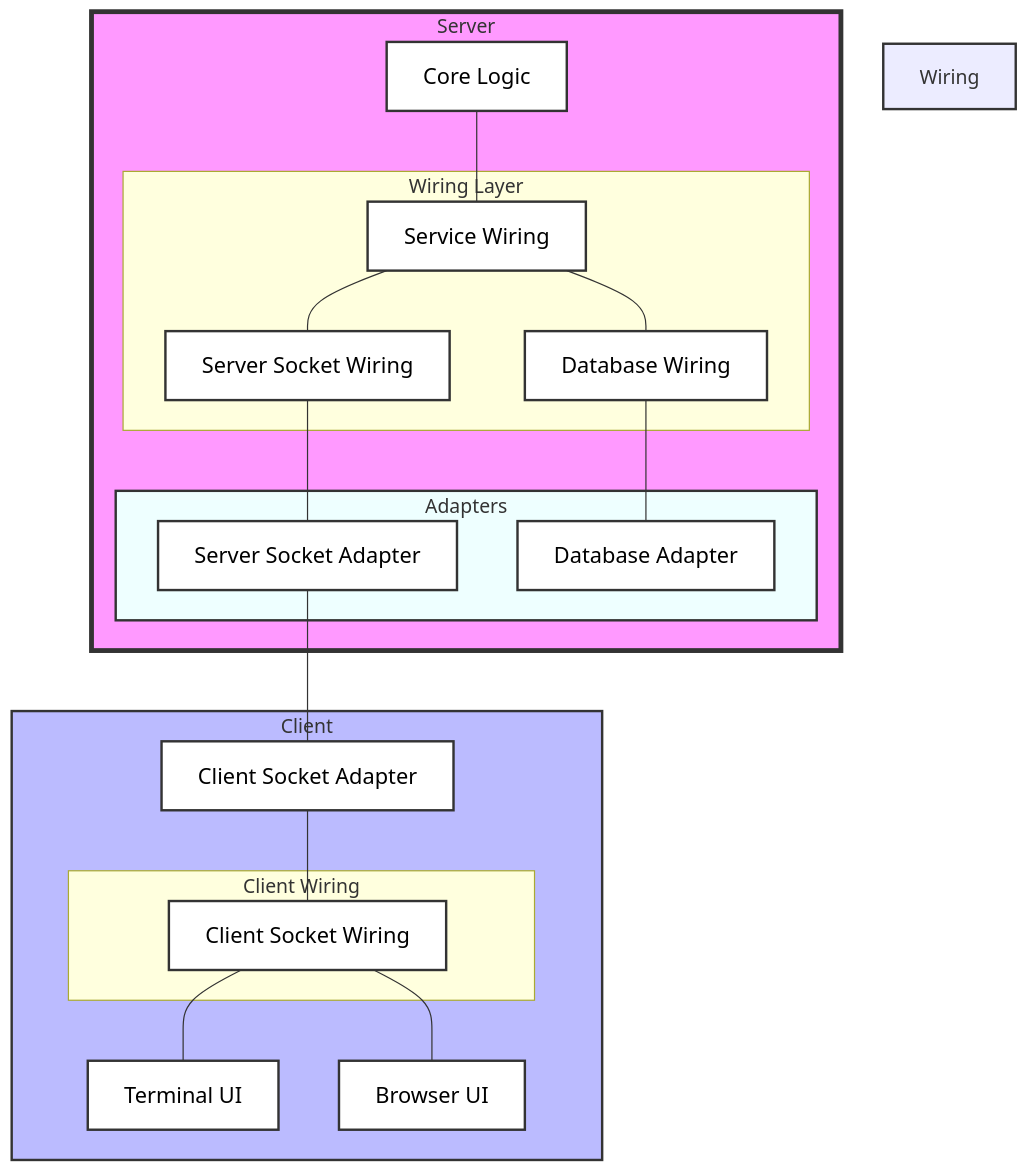
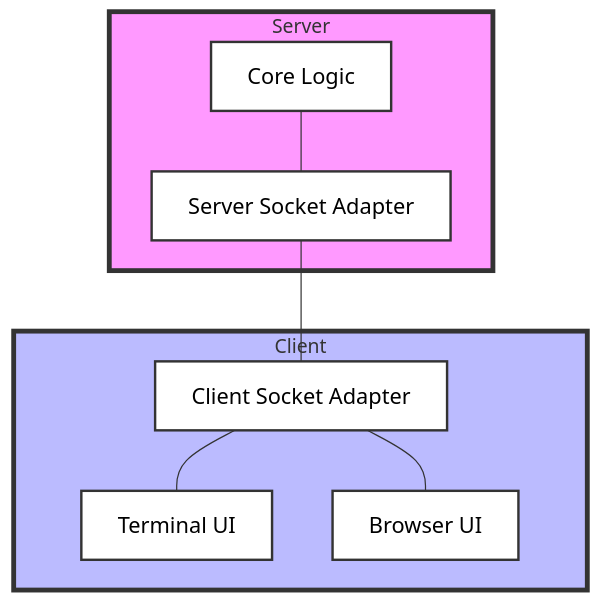
One commit to davidh38/doppelkopf_trainv2 changed the diagram in readme.org. Above: the diagram before and after it, drawn with Mermaid.

Commit message:
docs: update architecture diagram
- Remove wiring layer from architecture
- Simplify diagram to show direct adapter usage
- Update to match current functional implementation

```diff
--- a/readme.org
+++ b/readme.org
@@ -42,51 +42,22 @@
 #+BEGIN_SRC mermaid
 graph TB
     subgraph Server
         CoreLogic[Core Logic]
-        
-        subgraph Wiring Layer
-            ServiceWiring[Service Wiring]
-            ServerWiring[Server Socket Wiring]
-            DBWiring[Database Wiring]
-            
-            ServiceWiring --- ServerWiring
-            ServiceWiring --- DBWiring
-        end
-        
-        subgraph Adapters
-            ServerAdapter[Server Socket Adapter]
-            DBAdapter[Database Adapter]
-        end
-        
-        CoreLogic --- ServiceWiring
-        ServerWiring --- ServerAdapter
-        DBWiring --- DBAdapter
+        ServerAdapter[Server Socket Adapter]
+        CoreLogic --- ServerAdapter
     end
     
     subgraph Client
-        subgraph Client Wiring
-            ClientWiring[Client Socket Wiring]
-        end
-        
         ServerAdapter --- ClientAdapter[Client Socket Adapter]
-        ClientAdapter --- ClientWiring
-        ClientWiring --- TerminalUI[Terminal UI]
-        ClientWiring --- BrowserUI[Browser UI]
+        ClientAdapter --- TerminalUI[Terminal UI]
+        ClientAdapter --- BrowserUI[Browser UI]
     end
 
     style Server fill:#f9f,stroke:#333,stroke-width:4px
     style Client fill:#bbf,stroke:#333,stroke-width:4px
-    style Wiring Layer fill:#ffd,stroke:#333,stroke-width:2px
-    style Client Wiring fill:#ffd,stroke:#333,stroke-width:2px
-    style Adapters fill:#eff,stroke:#333,stroke-width:2px
     style CoreLogic fill:#fff,stroke:#333,stroke-width:2px,font-size:18px,color:#000
-    style ServiceWiring fill:#fff,stroke:#333,stroke-width:2px,font-size:18px,color:#000
-    style ServerWiring fill:#fff,stroke:#333,stroke-width:2px,font-size:18px,color:#000
-    style DBWiring fill:#fff,stroke:#333,stroke-width:2px,font-size:18px,color:#000
     style ServerAdapter fill:#fff,stroke:#333,stroke-width:2px,font-size:18px,color:#000
     style ClientAdapter fill:#fff,stroke:#333,stroke-width:2px,font-size:18px,color:#000
-    style ClientWiring fill:#fff,stroke:#333,stroke-width:2px,font-size:18px,color:#000
     style TerminalUI fill:#fff,stroke:#333,stroke-width:2px,font-size:18px,color:#000
     style BrowserUI fill:#fff,stroke:#333,stroke-width:2px,font-size:18px,color:#000
-    style DBAdapter fill:#fff,stroke:#333,stroke-width:2px,font-size:18px,color:#000
 #+END_SRC
```
